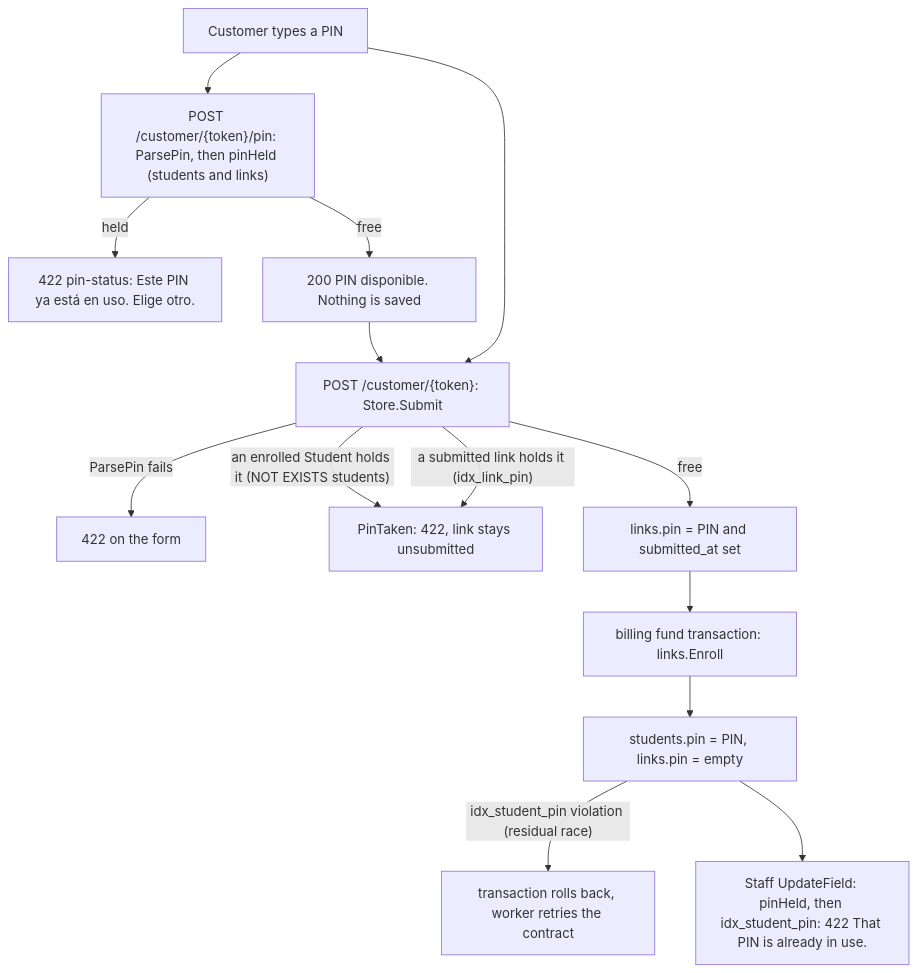
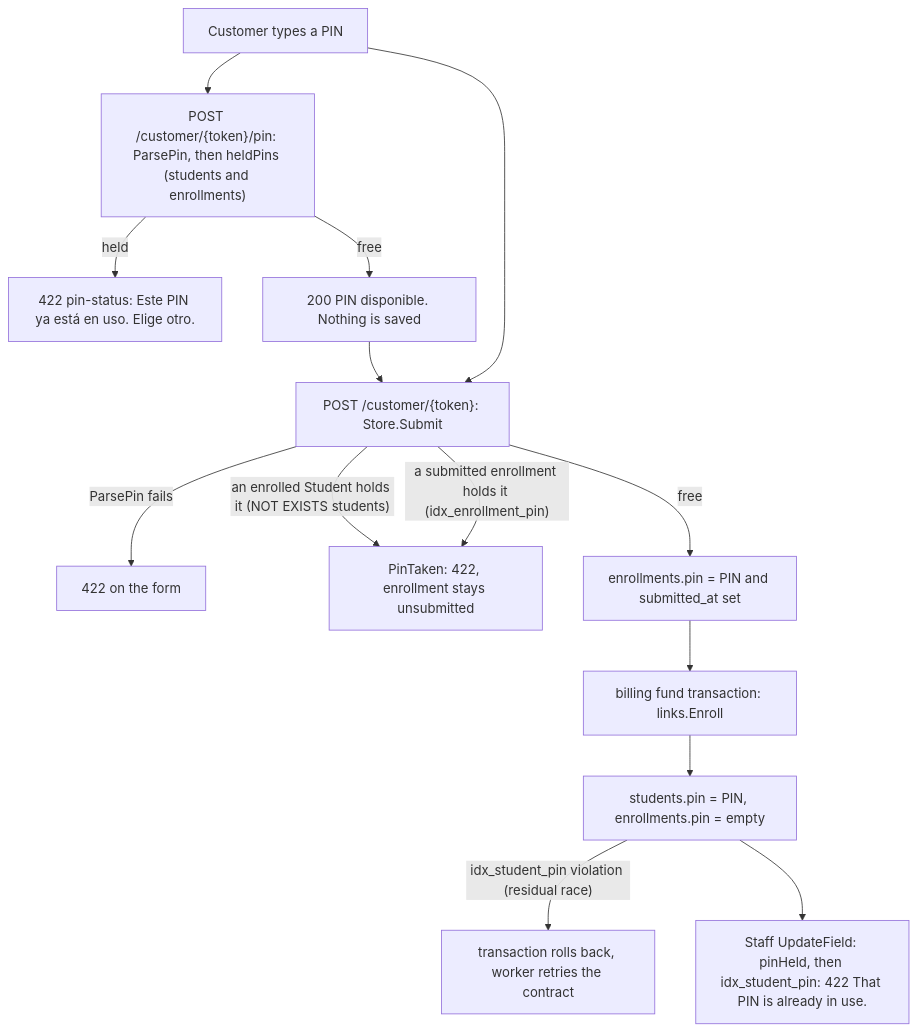
The diagram in docs/domain/students.md (devGabriel131/ProjectHermes), drawn with Mermaid before and after one commit. The commit also changed other lines of this file and 63 other files, not shown here.

Commit message:
feat: add reusable links with enrollment sessions and k6 capacity test

````diff
--- a/docs/domain/students.md
+++ b/docs/domain/students.md
@@ -41,16 +41,16 @@
 ```mermaid
 flowchart TD
-    A["Customer types a PIN"] --> B["POST /customer/{token}/pin: ParsePin, then pinHeld (students and links)"]
+    A["Customer types a PIN"] --> B["POST /customer/{token}/pin: ParsePin, then heldPins (students and enrollments)"]
     B -->|"held"| B1["422 pin-status: Este PIN ya está en uso. Elige otro."]
     B -->|"free"| B2["200 PIN disponible. Nothing is saved"]
     A --> C["POST /customer/{token}: Store.Submit"]
     B2 --> C
     C -->|"ParsePin fails"| C1["422 on the form"]
-    C -->|"an enrolled Student holds it (NOT EXISTS students)"| C2["PinTaken: 422, link stays unsubmitted"]
-    C -->|"a submitted link holds it (idx_link_pin)"| C2
-    C -->|"free"| D["links.pin = PIN and submitted_at set"]
+    C -->|"an enrolled Student holds it (NOT EXISTS students)"| C2["PinTaken: 422, enrollment stays unsubmitted"]
+    C -->|"a submitted enrollment holds it (idx_enrollment_pin)"| C2
+    C -->|"free"| D["enrollments.pin = PIN and submitted_at set"]
     D --> E["billing fund transaction: links.Enroll"]
-    E --> F["students.pin = PIN, links.pin = empty"]
+    E --> F["students.pin = PIN, enrollments.pin = empty"]
     F -->|"idx_student_pin violation (residual race)"| G["transaction rolls back, worker retries the contract"]
     F --> H["Staff UpdateField: pinHeld, then idx_student_pin: 422 That PIN is already in use."]
 ```
````
